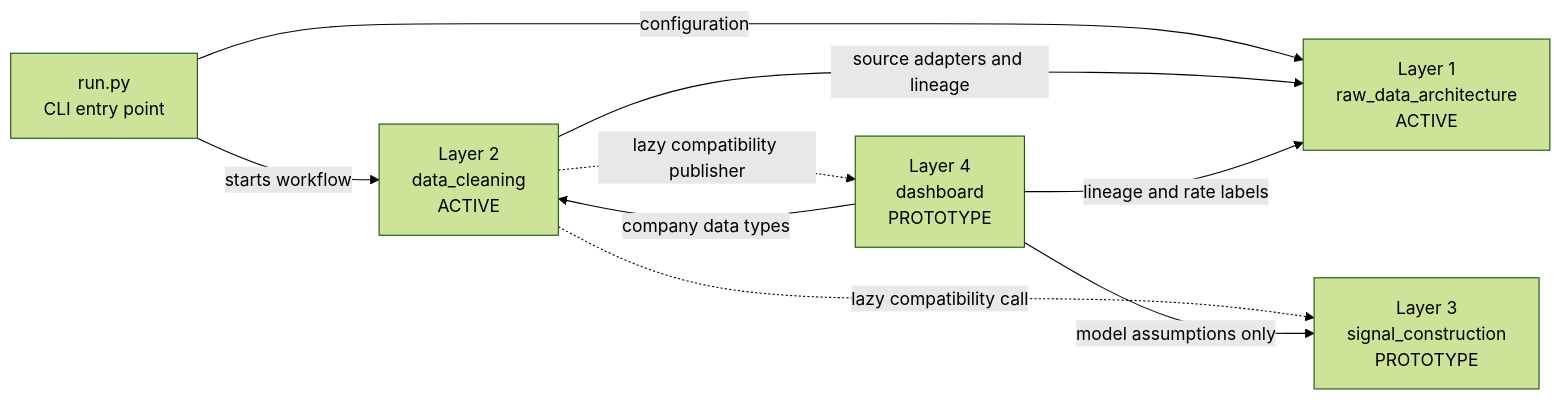
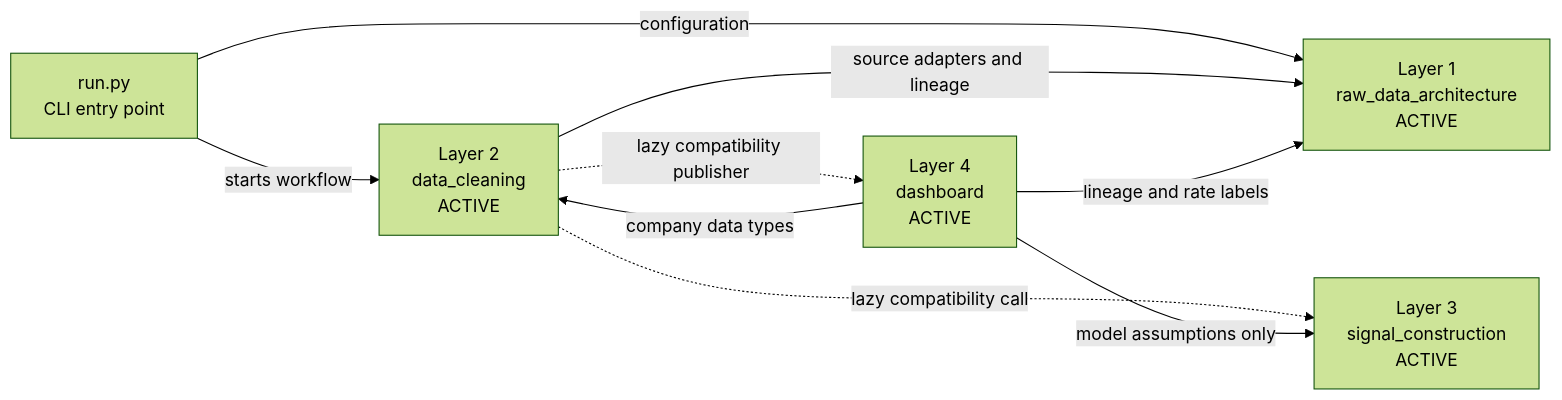
One commit to JackyJiang08/market-based-credit-rating changed the first of 4 diagrams in docs/DEPENDENCY_MAPS.md. Above: the diagram before and after it, drawn with Mermaid (forest theme). The commit also changed other lines of this file and 9 other files, not shown here.

First line of the commit message:
refactor: remove dead Merton layer; surface TiC ratings in dashboard

````diff
--- a/docs/DEPENDENCY_MAPS.md
+++ b/docs/DEPENDENCY_MAPS.md
@@ -9,17 +9,17 @@
 ```mermaid
 flowchart LR
     CLI["run.py<br/>CLI entry point"]
     L1["Layer 1<br/>raw_data_architecture<br/>ACTIVE"]
     L2["Layer 2<br/>data_cleaning<br/>ACTIVE"]
-    L3["Layer 3<br/>signal_construction<br/>PROTOTYPE"]
-    L4["Layer 4<br/>dashboard<br/>PROTOTYPE"]
+    L3["Layer 3<br/>signal_construction<br/>ACTIVE"]
+    L4["Layer 4<br/>dashboard<br/>ACTIVE"]
 
     CLI -->|configuration| L1
     CLI -->|starts workflow| L2
     L2 -->|source adapters and lineage| L1
     L2 -.->|lazy compatibility call| L3
     L2 -.->|lazy compatibility publisher| L4
     L4 -->|company data types| L2
     L4 -->|lineage and rate labels| L1
     L4 -->|model assumptions only| L3
 ```
````
